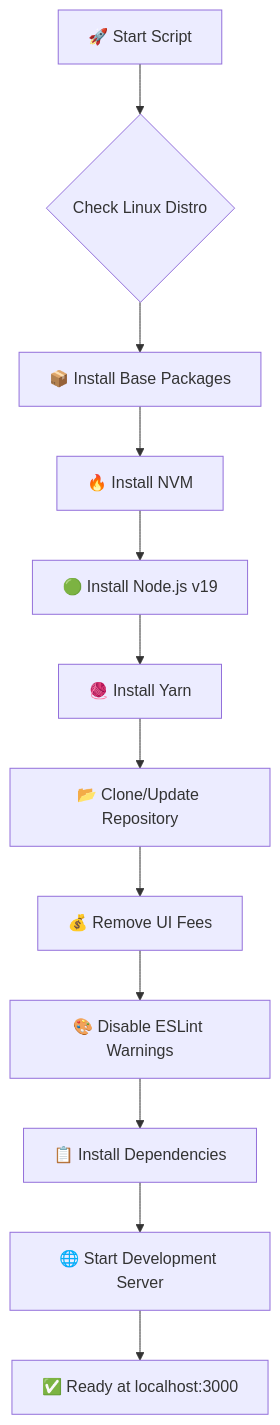
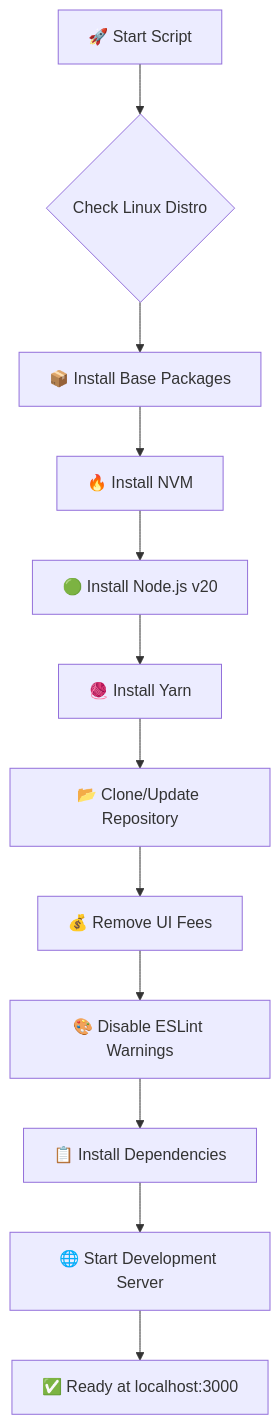
Before and after one commit to moon-miner/feeless-Ergodex-run-script: the diagram in readme.md, drawn with Mermaid. The commit also changed other lines of this file, not shown here.

````diff
--- a/readme.md
+++ b/readme.md
@@ -196,14 +196,14 @@
 ```mermaid
 graph TD
     A[🚀 Start Script] --> B{Check Linux Distro}
     B --> C[📦 Install Base Packages]
     C --> D[🔥 Install NVM]
-    D --> E[🟢 Install Node.js v19]
+    D --> E[🟢 Install Node.js v20]
     E --> F[🧶 Install Yarn]
     F --> G[📂 Clone/Update Repository]
     G --> H[💰 Remove UI Fees]
     H --> I[🎨 Disable ESLint Warnings]
     I --> J[📋 Install Dependencies]
     J --> K[🌐 Start Development Server]
     K --> L[✅ Ready at localhost:3000]
 ```
````
